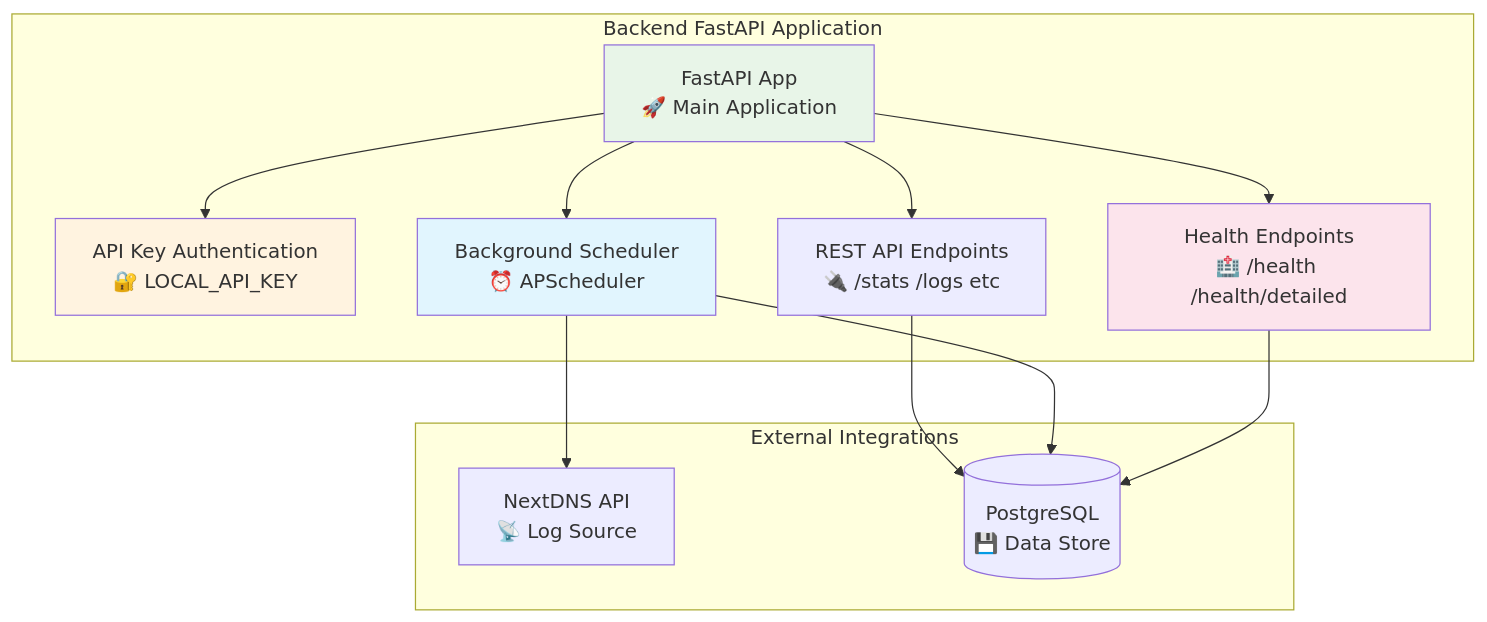
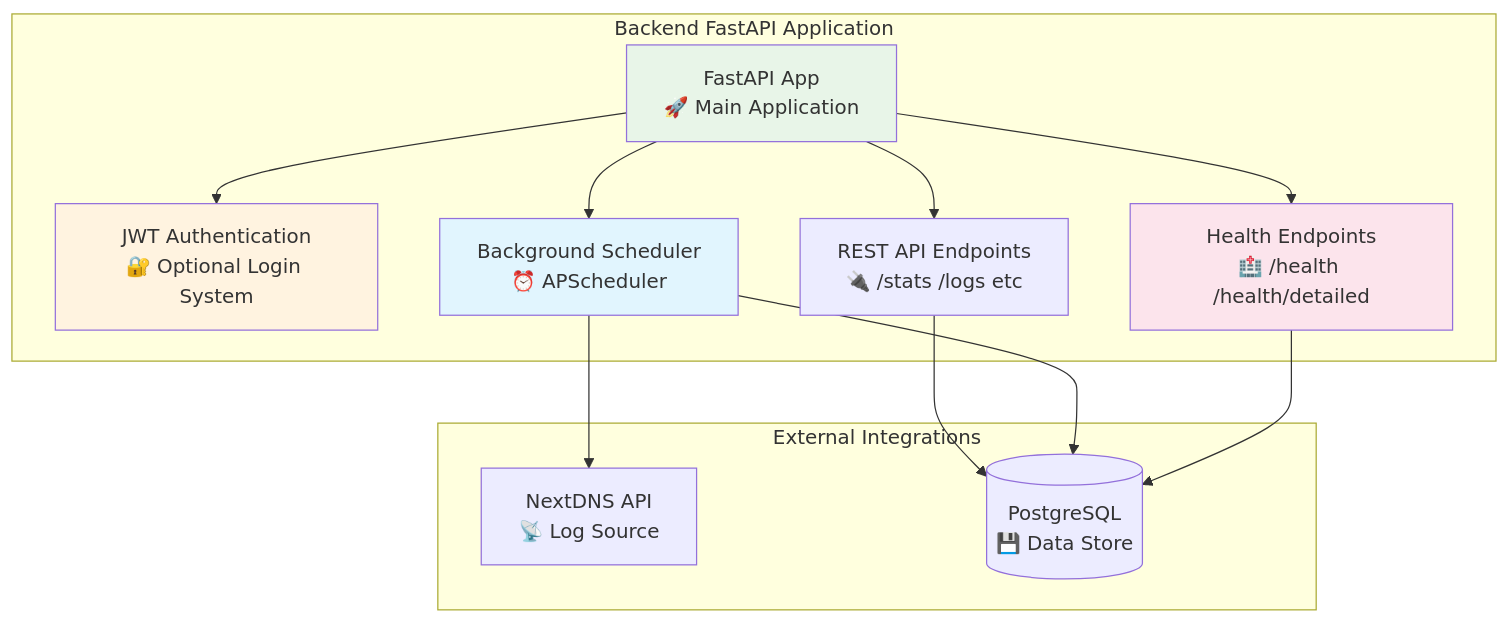
One commit to BondIT-ApS/NextDNS-Optimized-Analytics changed the fourth of 11 diagrams in docs/02-architecture.md. Above: the diagram before and after it, drawn with Mermaid. The commit also changed other lines of this file and 22 other files, not shown here.

````diff
--- a/docs/02-architecture.md
+++ b/docs/02-architecture.md
@@ -100,29 +100,29 @@
 ```mermaid
 graph TB
     subgraph "Backend FastAPI Application"
         API[FastAPI App<br/>🚀 Main Application]
-        Auth[API Key Authentication<br/>🔐 LOCAL_API_KEY]
+        Auth[JWT Authentication<br/>🔐 Optional Login System]
         Scheduler[Background Scheduler<br/>⏰ APScheduler]
         Health[Health Endpoints<br/>🏥 /health /health/detailed]
         Endpoints[REST API Endpoints<br/>🔌 /stats /logs etc]
     end
     
     subgraph "External Integrations"
         NextDNS[NextDNS API<br/>📡 Log Source]
         DB[(PostgreSQL<br/>💾 Data Store)]
     end
     
     API --> Auth
     API --> Health
     API --> Endpoints
     API --> Scheduler
     Scheduler --> NextDNS
     Endpoints --> DB
     Scheduler --> DB
     Health --> DB
     
     style API fill:#e8f5e8
     style Auth fill:#fff3e0
     style Scheduler fill:#e1f5fe
     style Health fill:#fce4ec
 ```
````
